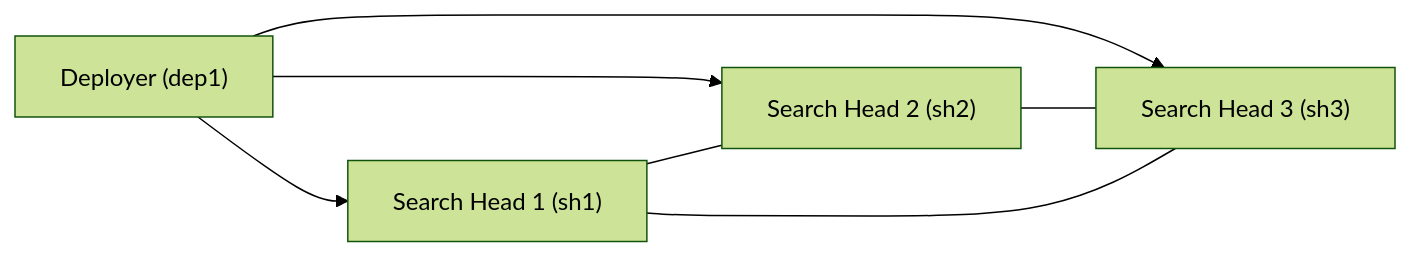
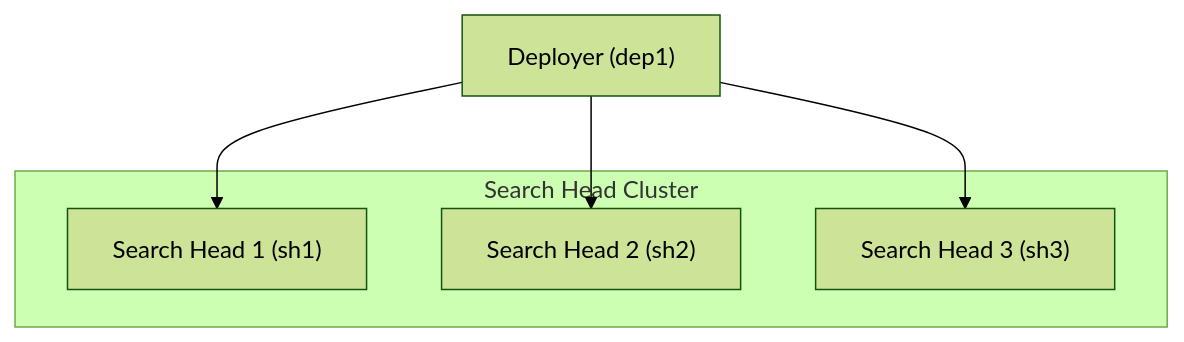
The diagram in README.md (michaelsayala/splunk-shc-docker-lab), drawn with Mermaid (forest theme) before and after one commit.

````diff
--- a/README.md
+++ b/README.md
@@ -33,21 +33,25 @@
 ```mermaid
-graph LR
+flowchart TB
 
-%% Deployer on top
+%% =========================
+%% Search Head Cluster
+%% =========================
+subgraph SHC["Search Head Cluster"]
+    SH1["Search Head 1 (sh1)"]
+    SH2["Search Head 2 (sh2)"]
+    SH3["Search Head 3 (sh3)"]
+end
+
+%% =========================
+%% Deployer
+%% =========================
 DEP["Deployer (dep1)"]
 
-%% Search Head Cluster
-SH1["Search Head 1 (sh1)"]
-SH2["Search Head 2 (sh2)"]
-SH3["Search Head 3 (sh3)"]
+%% =========================
+%% Relationships
+%% =========================
 
-%% Layout
 DEP --> SH1
 DEP --> SH2
 DEP --> SH3
-
-%% Cluster replication links
-SH1 --- SH2
-SH2 --- SH3
-SH1 --- SH3
 ```
````
